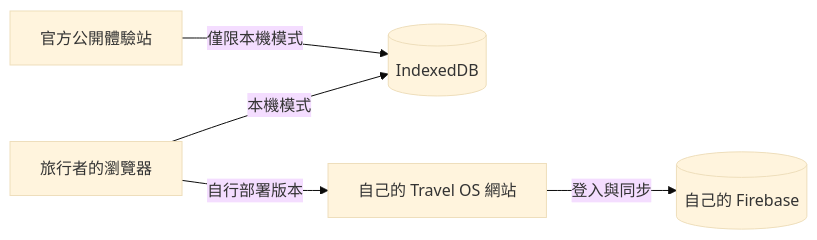
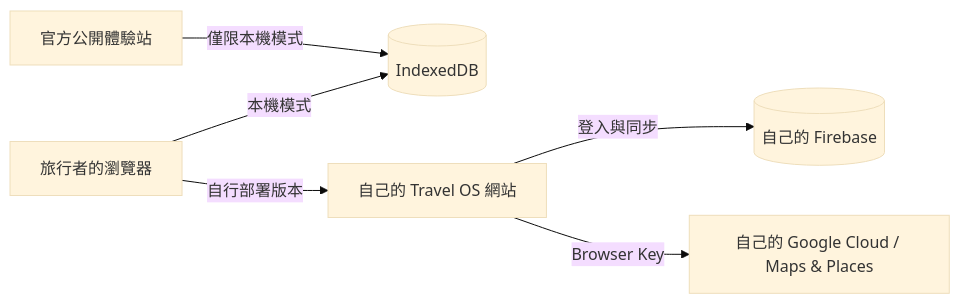
One commit to fishingwithbag/Travel-OS changed the diagram in README.md. Above: the diagram before and after it, drawn with Mermaid (base theme). The commit also changed other lines of this file, not shown here.

Commit message:
docs: align README with cloud setup flow

````diff
--- a/README.md
+++ b/README.md
@@ -69,7 +69,8 @@
 ```mermaid
 flowchart LR
     A[旅行者的瀏覽器] -->|本機模式| B[(IndexedDB)]
     A -->|自行部署版本| C[自己的 Travel OS 網站]
     C -->|登入與同步| D[(自己的 Firebase)]
+    C -->|Browser Key| E[自己的 Google Cloud / Maps & Places]
     F[官方公開體驗站] -->|僅限本機模式| B
 ```
````
